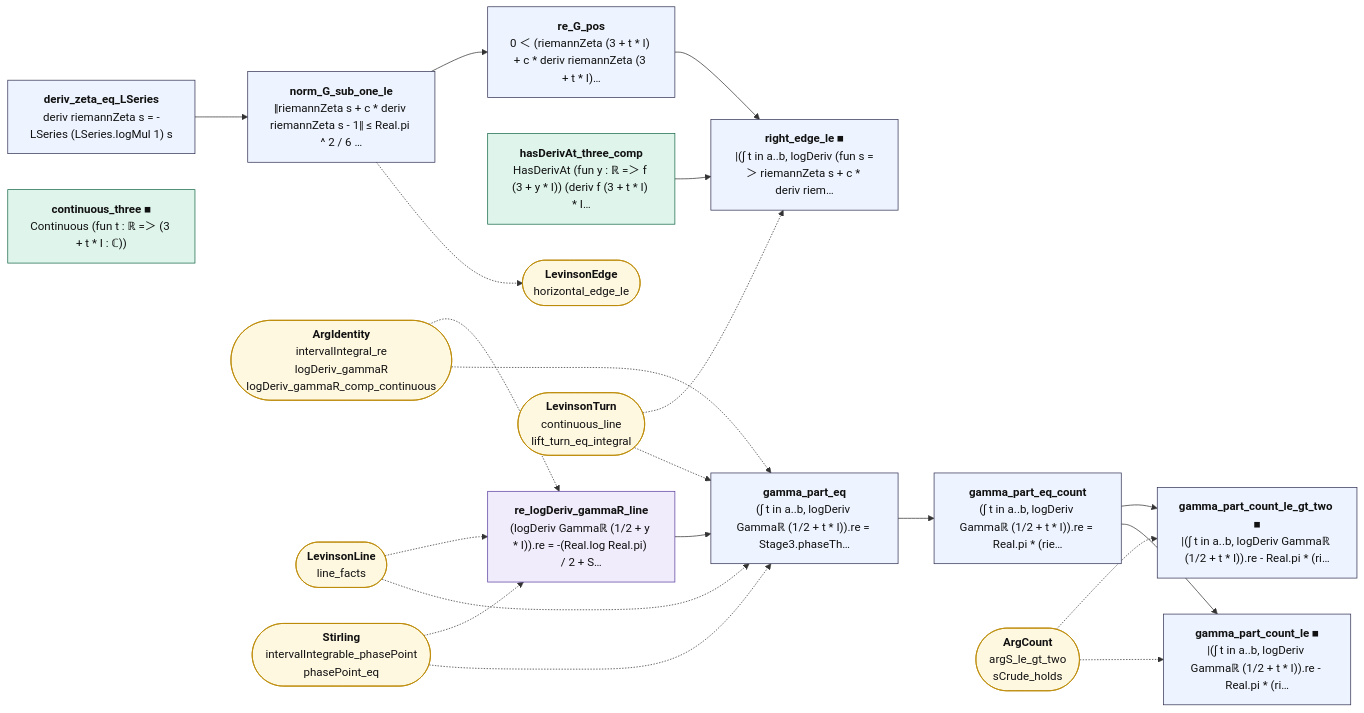
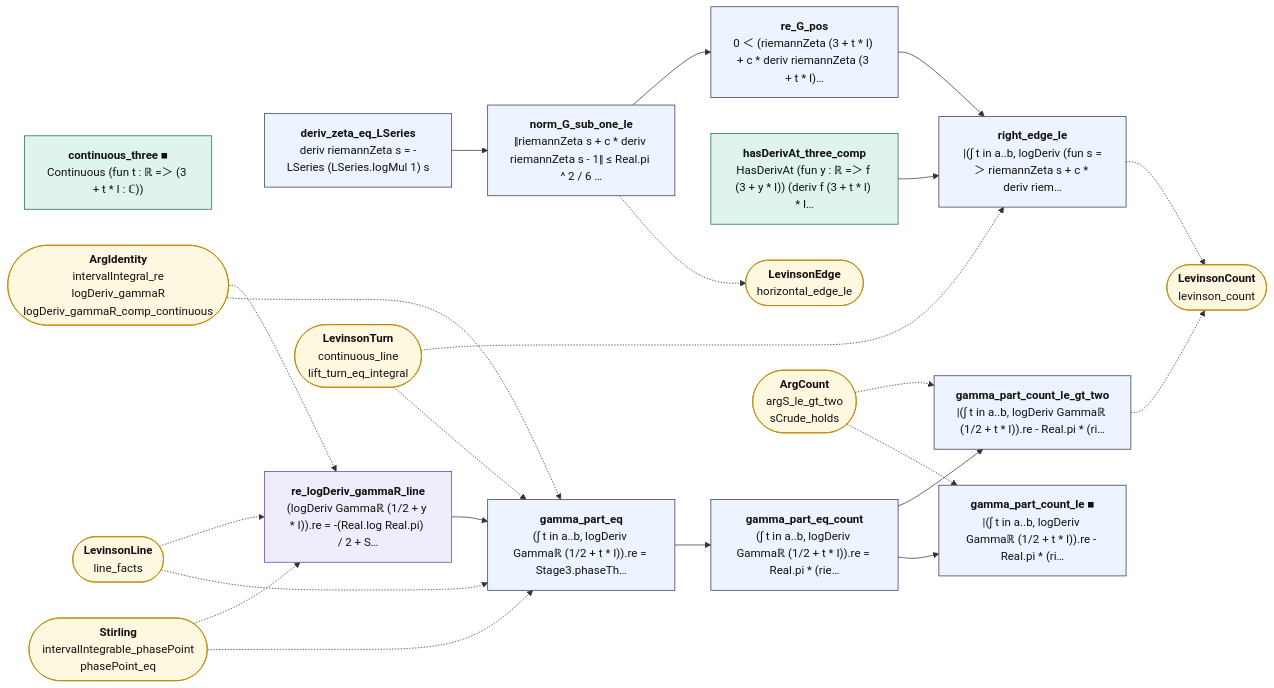
One commit to juliansambranojr/Primebeat_081426 changed the diagram in map/lean_stage3/LevinsonSize.mmd. Above: the diagram before and after it, drawn with Mermaid. The commit also changed 26 other files, not shown here.

```diff
--- a/map/lean_stage3/LevinsonSize.mmd
+++ b/map/lean_stage3/LevinsonSize.mmd
@@ -1,45 +1,48 @@
 flowchart LR
   n0["<b>deriv_zeta_eq_LSeries</b><br/>deriv riemannZeta s = -LSeries (LSeries.logMul 1) s"]:::thm
   n1["<b>norm_G_sub_one_le</b><br/>‖riemannZeta s + c * deriv riemannZeta s - 1‖ ≤ Real.pi ^ 2 / 6 …"]:::thm
   n2["<b>re_G_pos</b><br/>0 ＜ (riemannZeta (3 + t * I) + c * deriv riemannZeta (3 + t * I)…"]:::thm
   n3["<b>hasDerivAt_three_comp</b><br/>HasDerivAt (fun y : ℝ =＞ f (3 + y * I)) (deriv f (3 + t * I) * I…"]:::cnt
   n4["<b>continuous_three ■</b><br/>Continuous (fun t : ℝ =＞ (3 + t * I : ℂ))"]:::cnt
-  n5["<b>right_edge_le ■</b><br/>|(∫ t in a..b, logDeriv (fun s =＞ riemannZeta s + c * deriv riem…"]:::thm
+  n5["<b>right_edge_le</b><br/>|(∫ t in a..b, logDeriv (fun s =＞ riemannZeta s + c * deriv riem…"]:::thm
   n6["<b>re_logDeriv_gammaR_line</b><br/>(logDeriv Gammaℝ (1/2 + y * I)).re = -(Real.log Real.pi) / 2 + S…"]:::shp
   n7["<b>gamma_part_eq</b><br/>(∫ t in a..b, logDeriv Gammaℝ (1/2 + t * I)).re = Stage3.phaseTh…"]:::thm
   n8["<b>gamma_part_eq_count</b><br/>(∫ t in a..b, logDeriv Gammaℝ (1/2 + t * I)).re = Real.pi * (rie…"]:::thm
   n9["<b>gamma_part_count_le ■</b><br/>|(∫ t in a..b, logDeriv Gammaℝ (1/2 + t * I)).re - Real.pi * (ri…"]:::thm
-  n10["<b>gamma_part_count_le_gt_two ■</b><br/>|(∫ t in a..b, logDeriv Gammaℝ (1/2 + t * I)).re - Real.pi * (ri…"]:::thm
+  n10["<b>gamma_part_count_le_gt_two</b><br/>|(∫ t in a..b, logDeriv Gammaℝ (1/2 + t * I)).re - Real.pi * (ri…"]:::thm
   x0(["<b>LevinsonEdge</b><br/>horizontal_edge_le"]):::ext
   x1(["<b>LevinsonTurn</b><br/>continuous_line<br/>lift_turn_eq_integral"]):::ext
-  x2(["<b>ArgIdentity</b><br/>intervalIntegral_re<br/>logDeriv_gammaR<br/>logDeriv_gammaR_comp_continuous"]):::ext
-  x3(["<b>LevinsonLine</b><br/>line_facts"]):::ext
-  x4(["<b>Stirling</b><br/>intervalIntegrable_phasePoint<br/>phasePoint_eq"]):::ext
-  x5(["<b>ArgCount</b><br/>argS_le_gt_two<br/>sCrude_holds"]):::ext
+  x2(["<b>LevinsonCount</b><br/>levinson_count"]):::ext
+  x3(["<b>ArgIdentity</b><br/>intervalIntegral_re<br/>logDeriv_gammaR<br/>logDeriv_gammaR_comp_continuous"]):::ext
+  x4(["<b>LevinsonLine</b><br/>line_facts"]):::ext
+  x5(["<b>Stirling</b><br/>intervalIntegrable_phasePoint<br/>phasePoint_eq"]):::ext
+  x6(["<b>ArgCount</b><br/>argS_le_gt_two<br/>sCrude_holds"]):::ext
   n0 --> n1
   n1 --> n2
   n2 --> n5
   n3 --> n5
   n6 --> n7
   n7 --> n8
   n8 --> n10
   n8 --> n9
   n1 -.-> x0
+  n10 -.-> x2
+  n5 -.-> x2
   x1 -.-> n5
   x1 -.-> n7
-  x2 -.-> n6
-  x2 -.-> n7
   x3 -.-> n6
   x3 -.-> n7
   x4 -.-> n6
   x4 -.-> n7
-  x5 -.-> n10
-  x5 -.-> n9
+  x5 -.-> n6
+  x5 -.-> n7
+  x6 -.-> n10
+  x6 -.-> n9
   classDef cnt fill:#dff5ec,stroke:#17694a,color:#111
   classDef shp fill:#f1ecfb,stroke:#5b3fa0,color:#111
   classDef rh fill:#ffe5e5,stroke:#c22,color:#111,stroke-width:2px
   classDef thm fill:#eef4ff,stroke:#335,color:#111
   classDef end_ fill:#e7f7e7,stroke:#2a7,color:#111,stroke-width:2px
   classDef lone fill:#fff,stroke:#999,color:#111,stroke-dasharray:4 3
   classDef bad fill:#ffe5e5,stroke:#c22,color:#111,stroke-width:2px
   classDef ext fill:#fff8e1,stroke:#b80,color:#111
```
